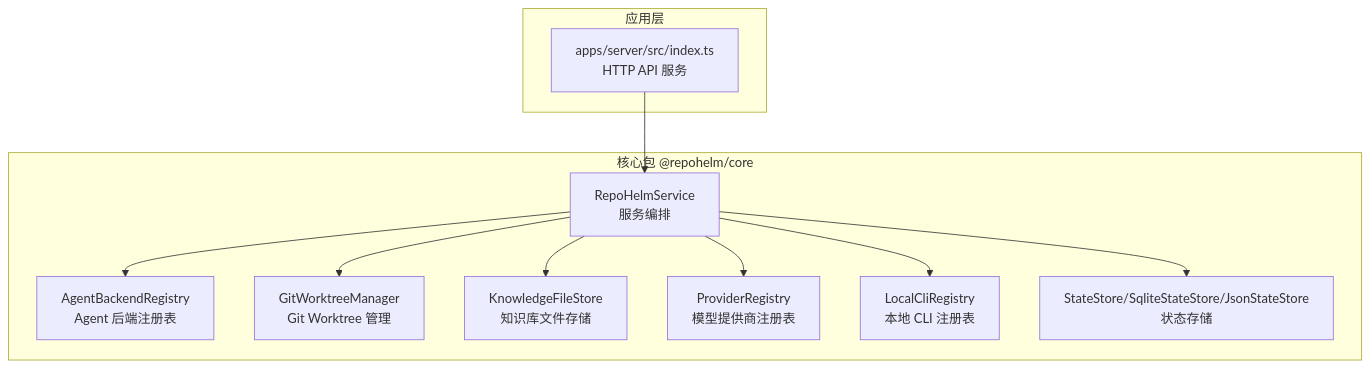
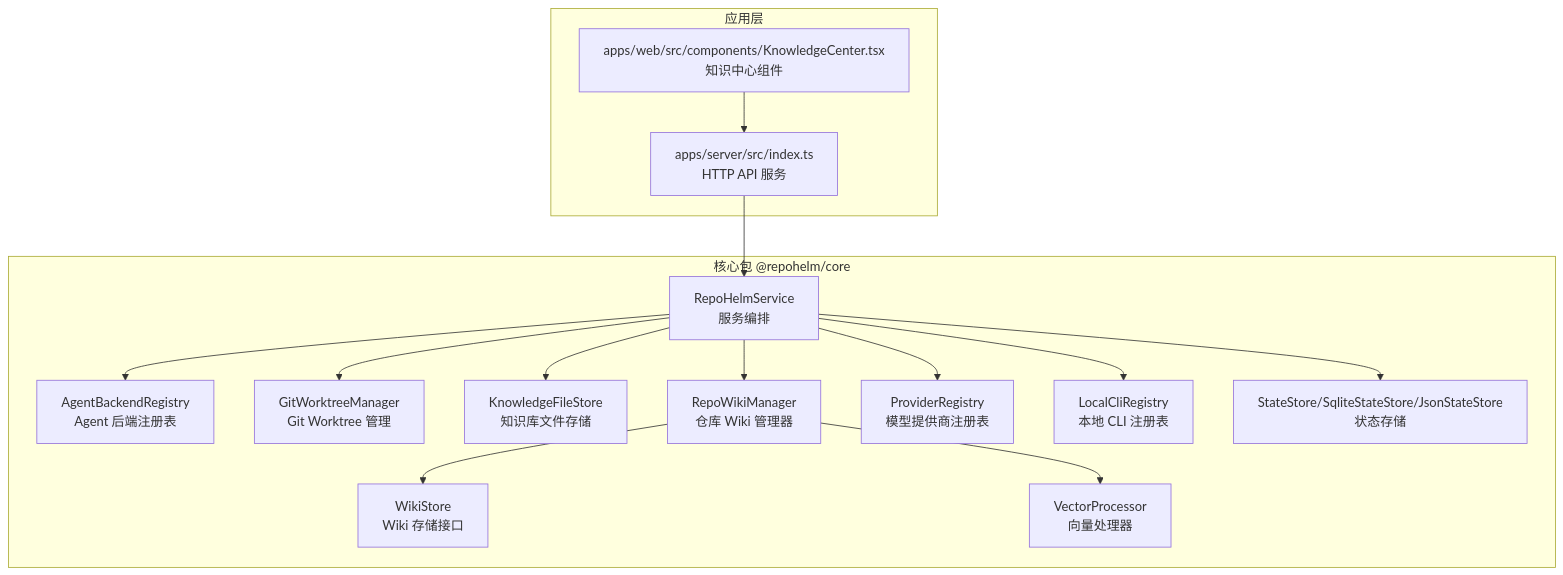
Before and after one commit to coconilu/RepoHelm: the first of 11 diagrams in .qoder/repowiki/zh/content/架构设计/组件交互关系.md, drawn with Mermaid. The commit also changed other lines of this file and 9 other files, not shown here.

First line of the commit message:
docs(zh): add KnowledgeCenter, Markdown & Mermaid

````diff
--- a/.qoder/repowiki/zh/content/架构设计/组件交互关系.md
+++ b/.qoder/repowiki/zh/content/架构设计/组件交互关系.md
@@ -34,22 +47,30 @@
 ```mermaid
 graph TB
 subgraph "核心包 @repohelm/core"
 S["RepoHelmService<br/>服务编排"]
 AR["AgentBackendRegistry<br/>Agent 后端注册表"]
 GW["GitWorktreeManager<br/>Git Worktree 管理"]
 KF["KnowledgeFileStore<br/>知识库文件存储"]
+RW["RepoWikiManager<br/>仓库 Wiki 管理器"]
+WS["WikiStore<br/>Wiki 存储接口"]
+VS["VectorProcessor<br/>向量处理器"]
 PR["ProviderRegistry<br/>模型提供商注册表"]
 LR["LocalCliRegistry<br/>本地 CLI 注册表"]
 ST["StateStore/SqliteStateStore/JsonStateStore<br/>状态存储"]
 end
 subgraph "应用层"
 SV["apps/server/src/index.ts<br/>HTTP API 服务"]
+WC["apps/web/src/components/KnowledgeCenter.tsx<br/>知识中心组件"]
 end
 SV --> S
+WC --> SV
 S --> AR
 S --> GW
 S --> KF
+S --> RW
+RW --> WS
+RW --> VS
 S --> PR
 S --> LR
 S --> ST
 ```
````
